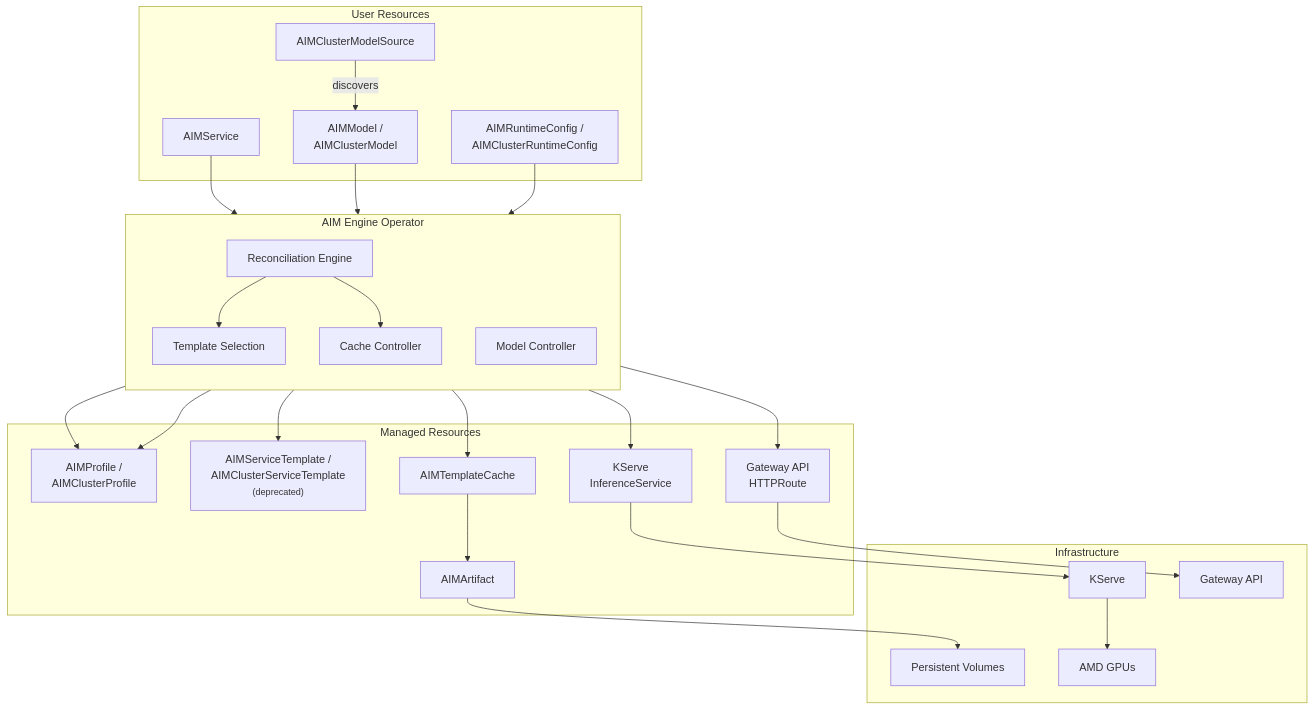
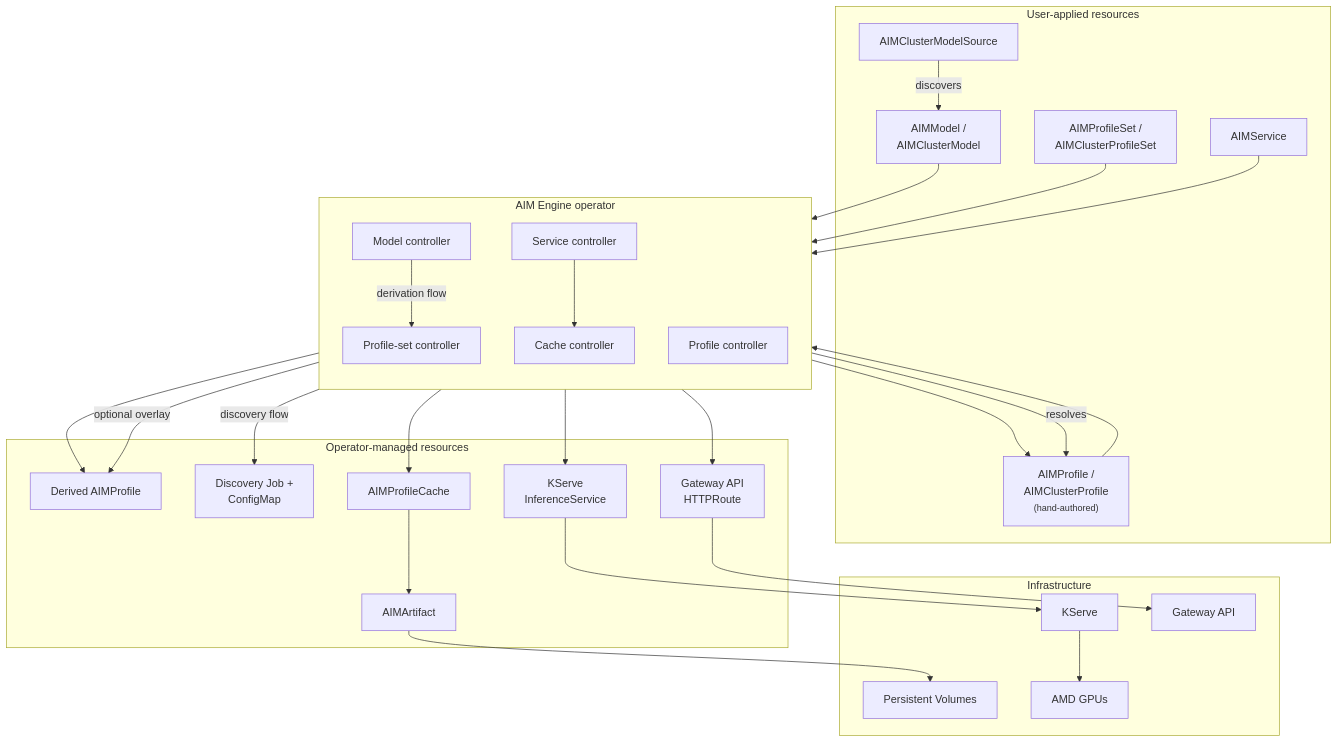
Before and after one commit to amd-enterprise-ai/aim-engine: the first of 3 diagrams in docs/docs/getting-started/architecture.md, drawn with Mermaid. The commit also changed other lines of this file and 385 other files, not shown here.

````diff
--- a/docs/docs/getting-started/architecture.md
+++ b/docs/docs/getting-started/architecture.md
@@ -7,54 +7,59 @@
 ```mermaid
 graph TB
-    subgraph User["User Resources"]
+    subgraph User["User-applied resources"]
         AIMService["AIMService"]
         AIMModel["AIMModel /<br/>AIMClusterModel"]
         ModelSource["AIMClusterModelSource"]
-        RuntimeConfig["AIMRuntimeConfig /<br/>AIMClusterRuntimeConfig"]
+        ProfileSet["AIMProfileSet /<br/>AIMClusterProfileSet"]
+        Profile["AIMProfile /<br/>AIMClusterProfile<br/><small>(hand-authored)</small>"]
     end
 
-    subgraph Operator["AIM Engine Operator"]
+    subgraph Operator["AIM Engine operator"]
         direction TB
-        Reconciler["Reconciliation Engine"]
-        Selection["Template Selection"]
-        CacheCtrl["Cache Controller"]
-        ModelCtrl["Model Controller"]
+        ModelCtrl["Model controller"]
+        ProfileSetCtrl["Profile-set controller"]
+        ProfileCtrl["Profile controller"]
+        ServiceCtrl["Service controller"]
+        CacheCtrl["Cache controller"]
     end
 
-    subgraph Managed["Managed Resources"]
-        Profile["AIMProfile /<br/>AIMClusterProfile"]
-        Template["AIMServiceTemplate /<br/>AIMClusterServiceTemplate<br/><small>(deprecated)</small>"]
-        TemplateCache["AIMTemplateCache"]
+    subgraph Managed["Operator-managed resources"]
+        DerivedProfile["Derived AIMProfile"]
+        DiscoveryJob["Discovery Job +<br/>ConfigMap"]
+        ProfileCache["AIMProfileCache"]
         Artifact["AIMArtifact"]
         ISVC["KServe<br/>InferenceService"]
         HTTPRoute["Gateway API<br/>HTTPRoute"]
     end
 
     subgraph Infra["Infrastructure"]
         KServe["KServe"]
         GatewayAPI["Gateway API"]
         PVC["Persistent Volumes"]
         GPU["AMD GPUs"]
     end
 
-    AIMService --> Reconciler
     AIMModel --> ModelCtrl
     ModelSource -->|discovers| AIMModel
-    RuntimeConfig --> Reconciler
+    ProfileSet --> ProfileSetCtrl
 
+    ModelCtrl -->|discovery flow| DiscoveryJob
+    ModelCtrl -->|derivation flow| ProfileSetCtrl
+    ProfileSetCtrl --> DerivedProfile
     ModelCtrl --> Profile
-    Reconciler --> Selection
-    Selection --> Profile
-    Selection --> Template
-    Reconciler --> CacheCtrl
-    CacheCtrl --> TemplateCache
-    TemplateCache --> Artifact
+    Profile --> ProfileCtrl
+
+    AIMService --> ServiceCtrl
+    ServiceCtrl -->|resolves| Profile
+    ServiceCtrl -->|optional overlay| DerivedProfile
+    ServiceCtrl --> CacheCtrl
+    CacheCtrl --> ProfileCache
+    ProfileCache --> Artifact
     Artifact --> PVC
-
-    Reconciler --> ISVC
-    Reconciler --> HTTPRoute
+    ServiceCtrl --> ISVC
+    ServiceCtrl --> HTTPRoute
 
     ISVC --> KServe
     HTTPRoute --> GatewayAPI
     KServe --> GPU
 ```
````
